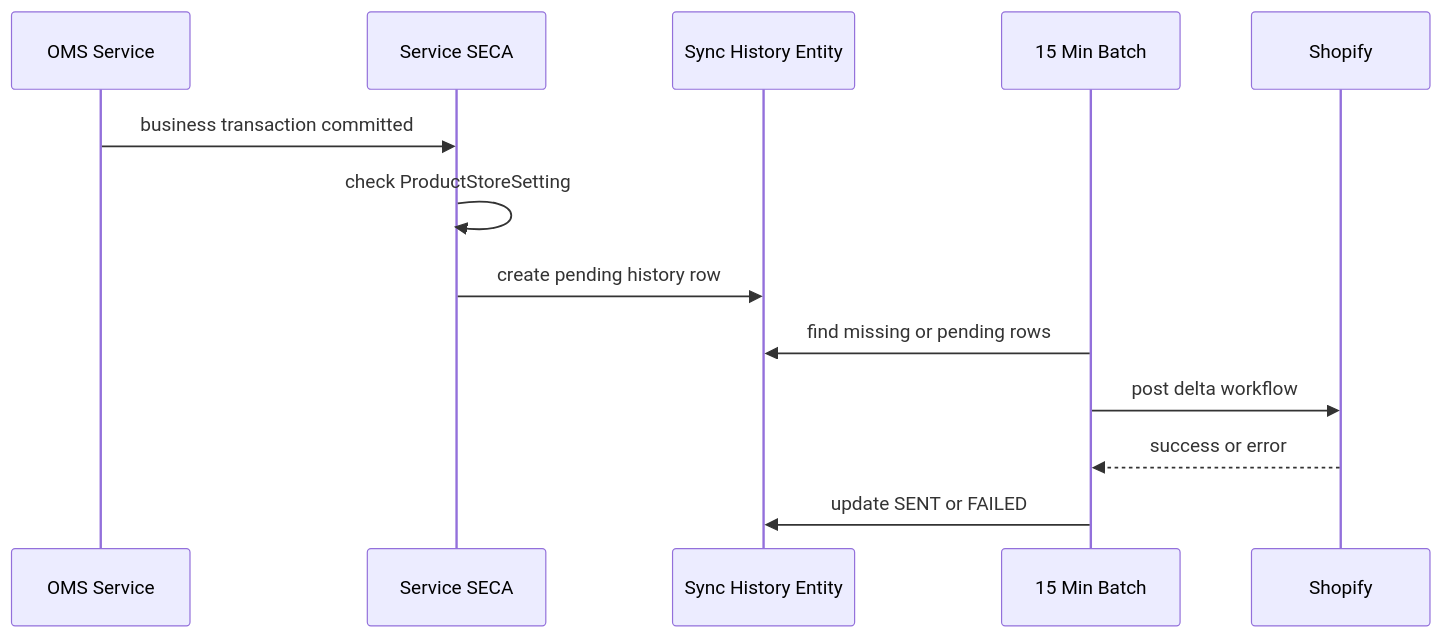
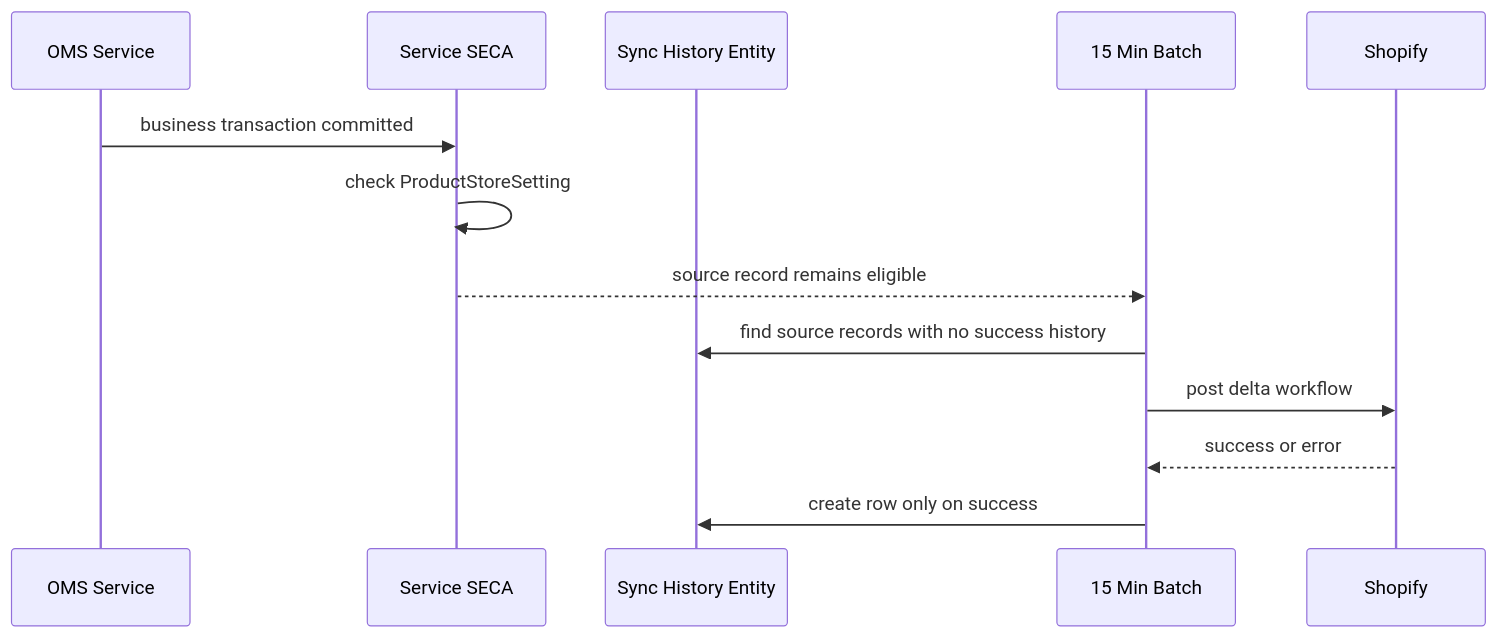
One commit to saastechacademy/foundation changed the second of 2 diagrams in project-ideas/shopify-integration/shopify-event-based-inventory-sync-triggers.md. Above: the diagram before and after it, drawn with Mermaid. The commit also changed other lines of this file, not shown here.

Commit message:
Simplify Shopify sync history behavior

````diff
--- a/project-ideas/shopify-integration/shopify-event-based-inventory-sync-triggers.md
+++ b/project-ideas/shopify-integration/shopify-event-based-inventory-sync-triggers.md
@@ -105,16 +104,16 @@
 ```mermaid
 sequenceDiagram
     participant OMS as OMS Service
     participant SECA as Service SECA
     participant HIST as Sync History Entity
     participant BATCH as 15 Min Batch
     participant SHOP as Shopify
 
     OMS->>SECA: business transaction committed
     SECA->>SECA: check ProductStoreSetting
-    SECA->>HIST: create pending history row
-    BATCH->>HIST: find missing or pending rows
+    SECA-->>BATCH: source record remains eligible
+    BATCH->>HIST: find source records with no success history
     BATCH->>SHOP: post delta workflow
     SHOP-->>BATCH: success or error
-    BATCH->>HIST: update SENT or FAILED
+    BATCH->>HIST: create row only on success
 ```
````
